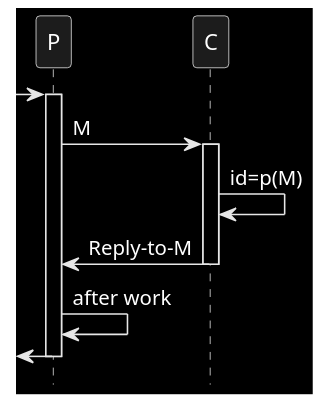
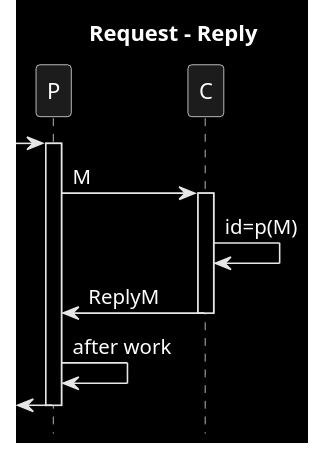
Before and after one commit to victorrentea/kafka: the diagram in patterns/4_request_reply.puml, drawn with PlantUML. The commit also changed 15 other files, not shown here.

```diff
--- a/patterns/4_request_reply.puml
+++ b/patterns/4_request_reply.puml
@@ -1,14 +1,15 @@
 @startuml
+title Request - Reply
 hide footbox
 skinparam monochrome reverse
 ->P
 activate P
 P->C: M
 activate C
 C->C: id=p(M)
-C->P: Reply-to-M
+C->P: ReplyM
 deactivate C
 P->P: after work
 <-P
 deactivate P
 @enduml
```
